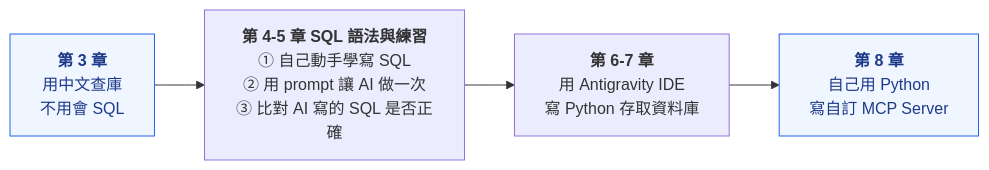
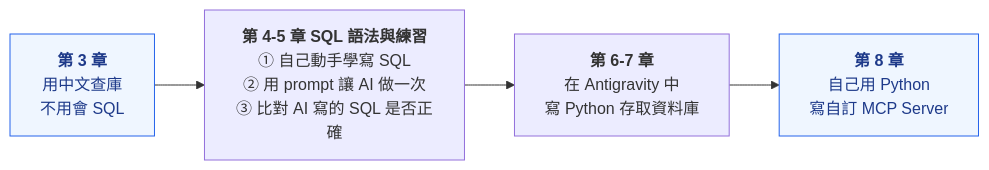
One commit to roberthsu2003/postgreSQL_MCP changed the second of 2 diagrams in MCP操作資料庫/README.md. Above: the diagram before and after it, drawn with Mermaid. The commit also changed 7 other files, not shown here.

Commit message:
docs: update documentation and learning roadmap for MCP server guides

````diff
--- a/MCP操作資料庫/README.md
+++ b/MCP操作資料庫/README.md
@@ -50,9 +50,9 @@
 ```mermaid
 flowchart LR
     C3["<b>第 3 章</b><br/>用中文查庫<br/>不用會 SQL"] --> C4["<b>第 4-5 章 SQL 語法與練習</b><br/>① 自己動手學寫 SQL<br/>② 用 prompt 讓 AI 做一次<br/>③ 比對 AI 寫的 SQL 是否正確"]
-    C4 --> C6["<b>第 6-7 章</b><br/>用 Antigravity IDE<br/>寫 Python 存取資料庫"]
+    C4 --> C6["<b>第 6-7 章</b><br/>在 Antigravity 中<br/>寫 Python 存取資料庫"]
     C6 --> C8["<b>第 8 章</b><br/>自己用 Python<br/>寫自訂 MCP Server"]
 
     classDef mcp fill:#eff6ff,stroke:#2563eb,color:#1e3a8a
     class C3,C8 mcp
 ```
````
